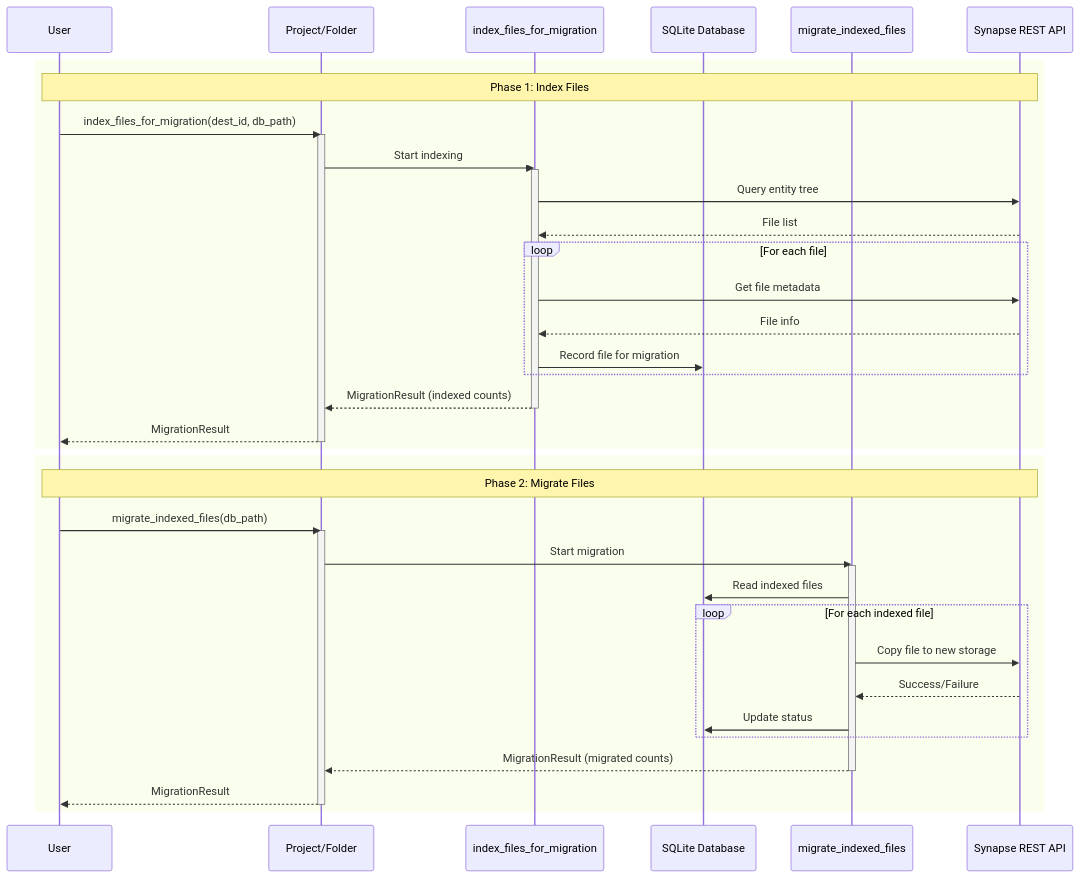
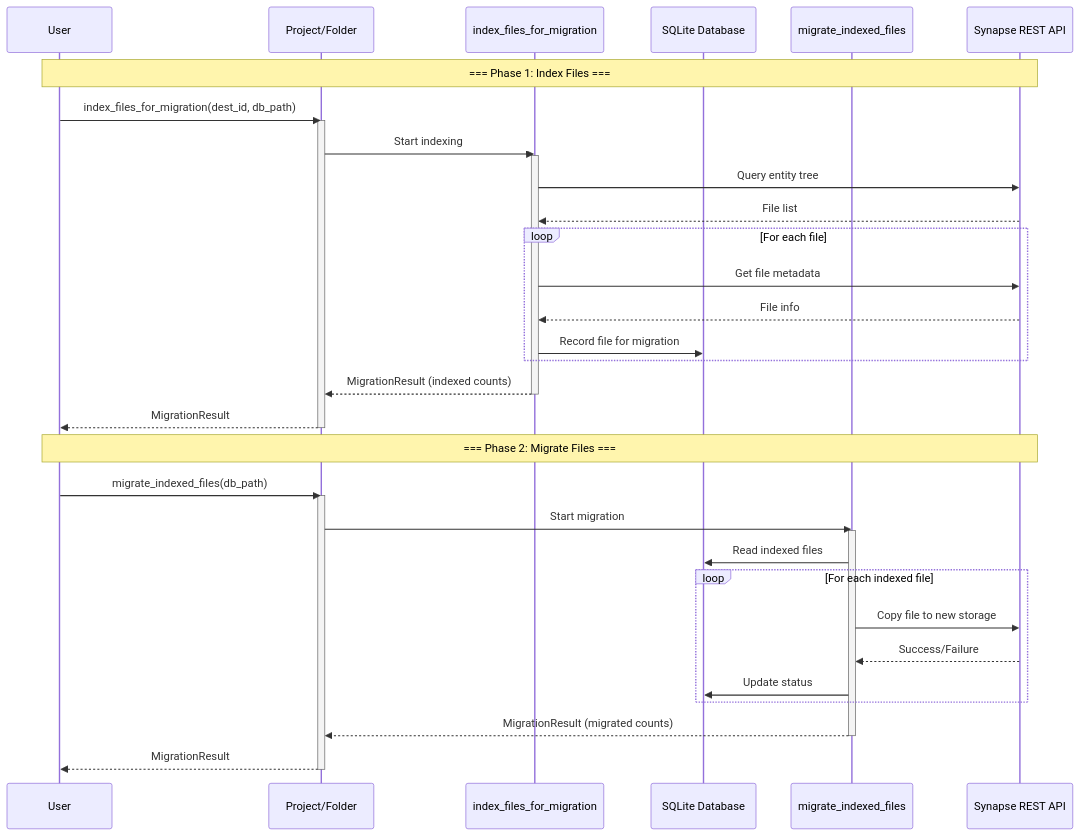
Before and after one commit to Sage-Bionetworks/synapsePythonClient: the tenth of 10 diagrams in docs/explanations/storage_location_architecture.md, drawn with Mermaid. The commit also changed other lines of this file, not shown here.

Commit message:
remove background color for migration flow

````diff
--- a/docs/explanations/storage_location_architecture.md
+++ b/docs/explanations/storage_location_architecture.md
@@ -683,56 +683,52 @@
 ```mermaid
 sequenceDiagram
     participant User
     participant Entity as Project/Folder
     participant IndexFn as index_files_for_migration
     participant DB as SQLite Database
     participant MigrateFn as migrate_indexed_files
     participant Synapse as Synapse REST API
 
-    rect
-        Note over User,Synapse: Phase 1: Index Files
-        User->>Entity: index_files_for_migration(dest_id, db_path)
-        activate Entity
+    Note over User,Synapse: === Phase 1: Index Files ===
+    User->>Entity: index_files_for_migration(dest_id, db_path)
+    activate Entity
 
-        Entity->>IndexFn: Start indexing
-        activate IndexFn
+    Entity->>IndexFn: Start indexing
+    activate IndexFn
 
-        IndexFn->>Synapse: Query entity tree
-        Synapse-->>IndexFn: File list
+    IndexFn->>Synapse: Query entity tree
+    Synapse-->>IndexFn: File list
 
-        loop For each file
-            IndexFn->>Synapse: Get file metadata
-            Synapse-->>IndexFn: File info
-            IndexFn->>DB: Record file for migration
-        end
-
-        IndexFn-->>Entity: MigrationResult (indexed counts)
-        deactivate IndexFn
-
-        Entity-->>User: MigrationResult
-        deactivate Entity
+    loop For each file
+        IndexFn->>Synapse: Get file metadata
+        Synapse-->>IndexFn: File info
+        IndexFn->>DB: Record file for migration
     end
 
-    rect
-        Note over User,Synapse: Phase 2: Migrate Files
-        User->>Entity: migrate_indexed_files(db_path)
-        activate Entity
+    IndexFn-->>Entity: MigrationResult (indexed counts)
+    deactivate IndexFn
 
-        Entity->>MigrateFn: Start migration
-        activate MigrateFn
+    Entity-->>User: MigrationResult
+    deactivate Entity
 
-        MigrateFn->>DB: Read indexed files
+    Note over User,Synapse: === Phase 2: Migrate Files ===
+    User->>Entity: migrate_indexed_files(db_path)
+    activate Entity
 
-        loop For each indexed file
-            MigrateFn->>Synapse: Copy file to new storage
-            Synapse-->>MigrateFn: Success/Failure
-            MigrateFn->>DB: Update status
-        end
+    Entity->>MigrateFn: Start migration
+    activate MigrateFn
 
-        MigrateFn-->>Entity: MigrationResult (migrated counts)
-        deactivate MigrateFn
+    MigrateFn->>DB: Read indexed files
 
-        Entity-->>User: MigrationResult
-        deactivate Entity
+    loop For each indexed file
+        MigrateFn->>Synapse: Copy file to new storage
+        Synapse-->>MigrateFn: Success/Failure
+        MigrateFn->>DB: Update status
     end
+
+    MigrateFn-->>Entity: MigrationResult (migrated counts)
+    deactivate MigrateFn
+
+    Entity-->>User: MigrationResult
+    deactivate Entity
 ```
````
